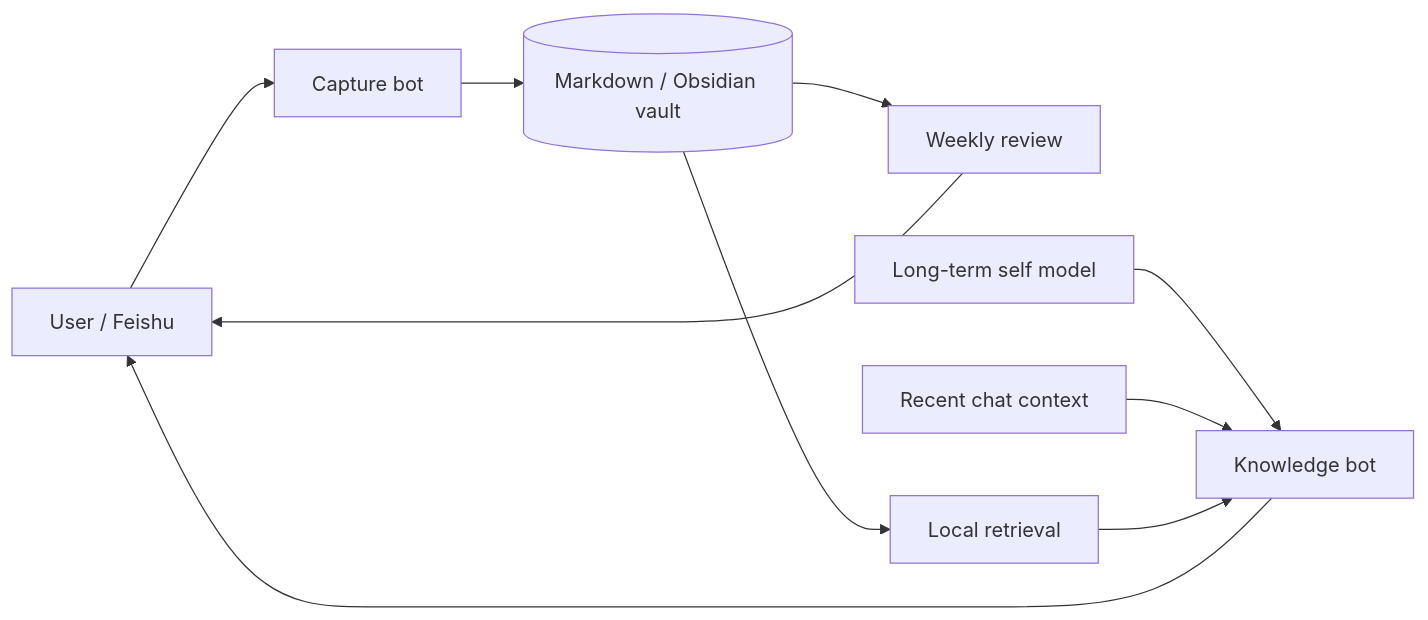
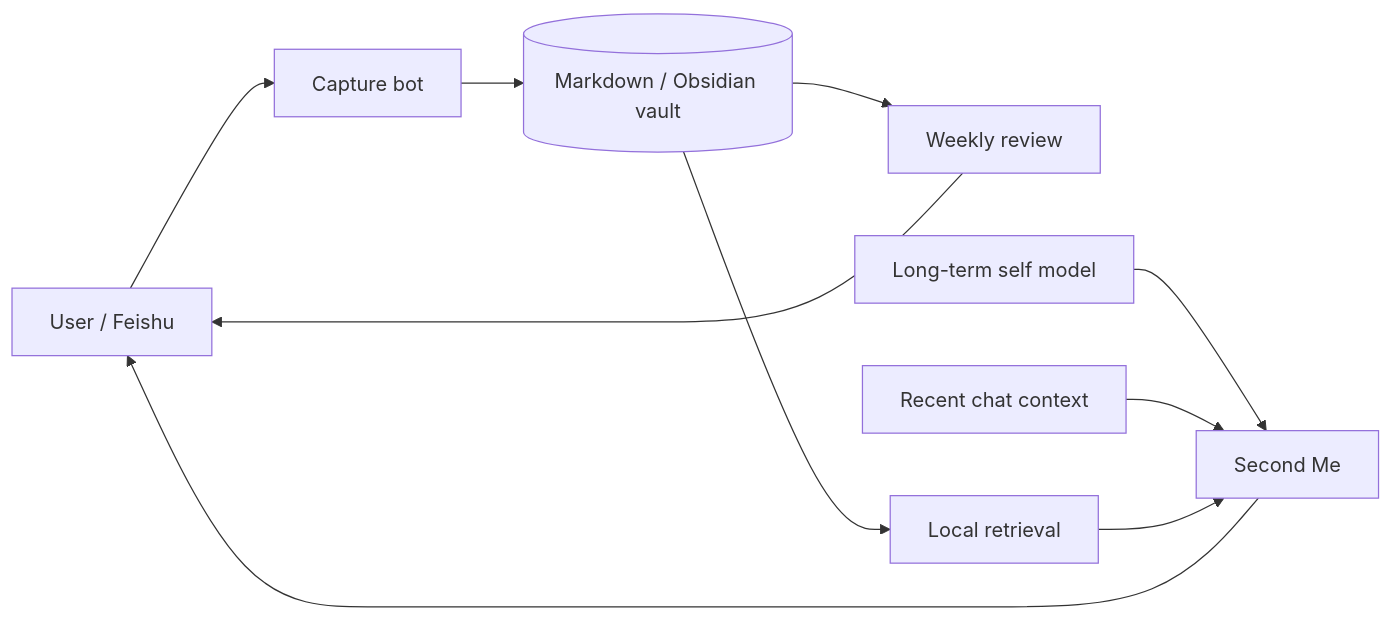
The diagram in README.en.md (Shilren/journal-organizer), drawn with Mermaid before and after one commit. The commit also changed other lines of this file and 4 other files, not shown here.

Commit message:
docs: explain the dual-bot and Second Me philosophy

````diff
--- a/README.en.md
+++ b/README.en.md
@@ -23,12 +40,12 @@
 ```mermaid
 flowchart LR
     U["User / Feishu"] --> W["Capture bot"]
     W --> V[("Markdown / Obsidian vault")]
     V --> Q["Weekly review"]
     V --> R["Local retrieval"]
-    S["Long-term self model"] --> A["Knowledge bot"]
+    S["Long-term self model"] --> A["Second Me"]
     H["Recent chat context"] --> A
     R --> A
     A --> U
     Q --> U
 ```
````
